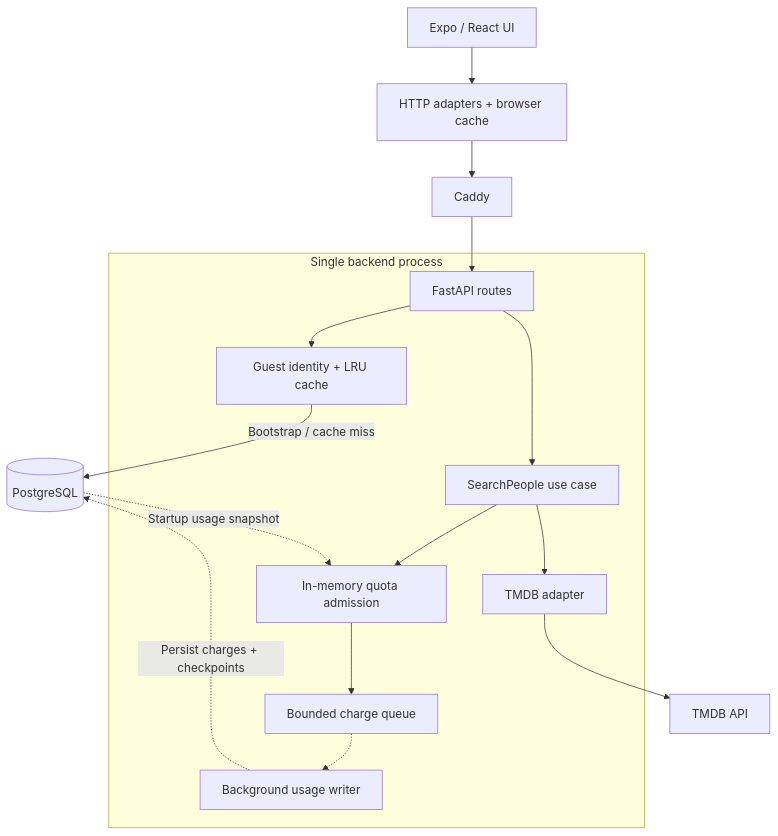
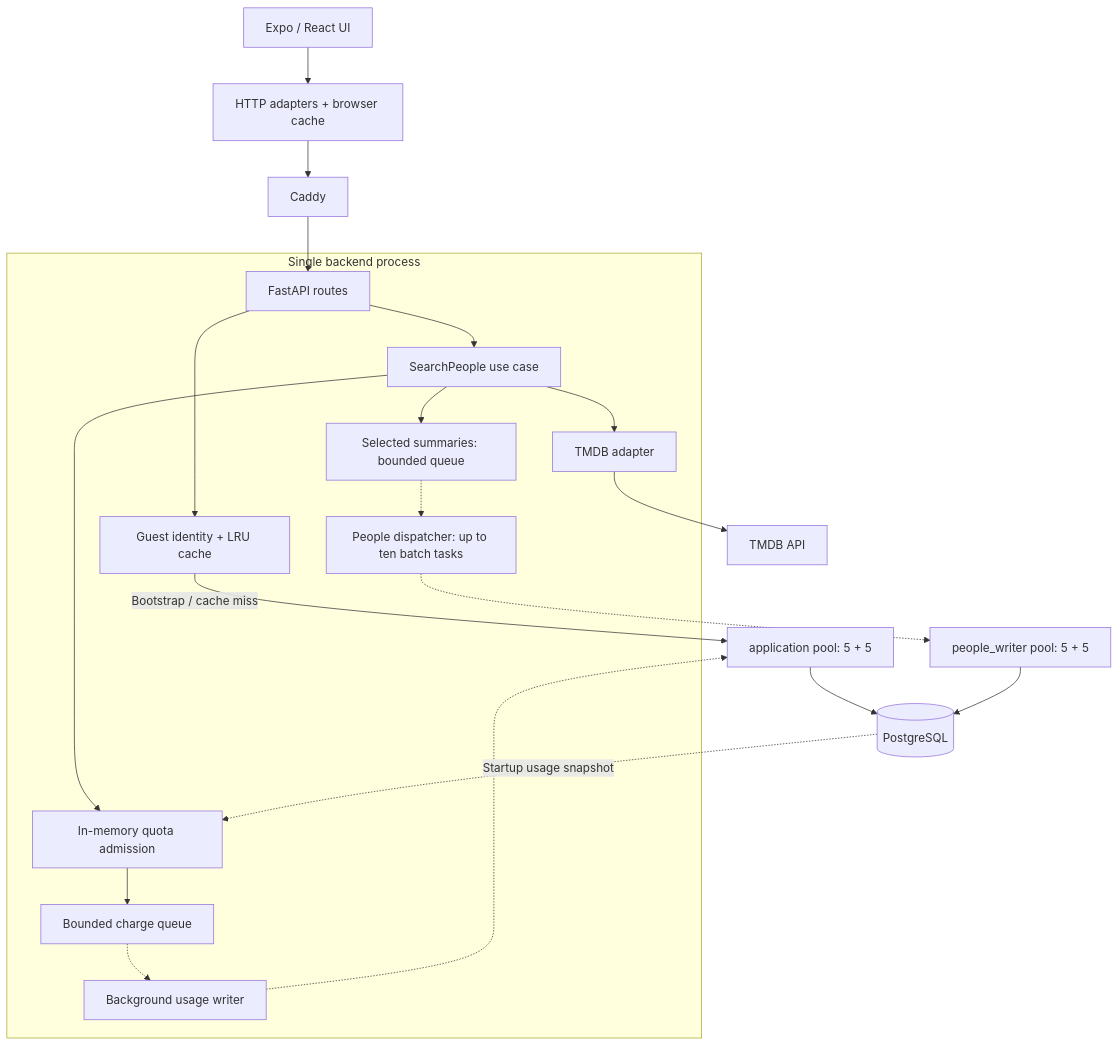
Before and after one commit to iwozzy/ics603-fa26-final-project: the first of 4 diagrams in docs/architecture/search-people.md, drawn with Mermaid. The commit also changed other lines of this file and 19 other files, not shown here.

Commit message:
feat: persist people search results asynchronously

````diff
--- a/docs/architecture/search-people.md
+++ b/docs/architecture/search-people.md
@@ -9,20 +9,25 @@
 ```mermaid
 flowchart TD
     UI["Expo / React UI"] --> HTTP["HTTP adapters + browser cache"]
     HTTP --> Caddy["Caddy"]
     Caddy --> API["FastAPI routes"]
 
     subgraph Backend["Single backend process"]
         API --> Guests["Guest identity + LRU cache"]
         API --> Search["SearchPeople use case"]
         Search --> Admission["In-memory quota admission"]
         Admission --> Queue["Bounded charge queue"]
         Queue -.-> Writer["Background usage writer"]
         Search --> Adapter["TMDB adapter"]
+        Search --> PeopleQueue["Selected summaries: bounded queue"]
+        PeopleQueue -.-> PeopleWriter["People dispatcher: up to ten batch tasks"]
     end
 
-    Guests -->|"Bootstrap / cache miss"| DB[("PostgreSQL")]
-    Writer -.->|"Persist charges + checkpoints"| DB
+    Guests -->|"Bootstrap / cache miss"| AppPool["application pool: 5 + 5"]
+    Writer -.-> AppPool
+    AppPool --> DB[("PostgreSQL")]
+    PeopleWriter -.-> PeoplePool["people_writer pool: 5 + 5"]
+    PeoplePool --> DB
     DB -.->|"Startup usage snapshot"| Admission
     Adapter --> TMDB["TMDB API"]
 ```
````
